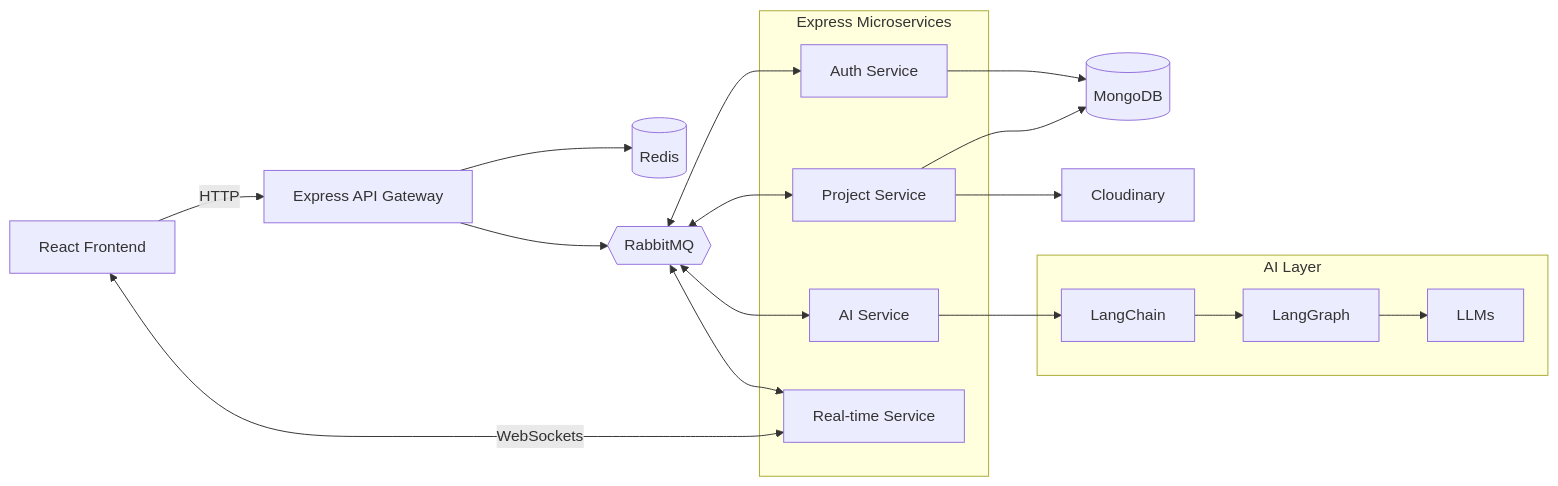
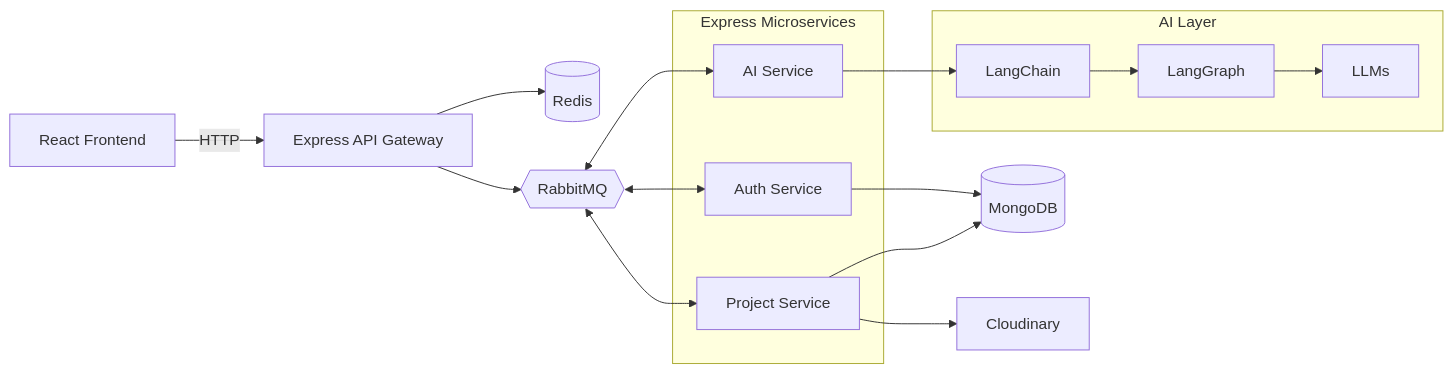
The diagram in README.md (Sujan-Bhandari07/buffaloide), drawn with Mermaid before and after one commit. The commit also changed other lines of this file, not shown here.

````diff
--- a/README.md
+++ b/README.md
@@ -104,40 +70,37 @@
 ```mermaid
 flowchart LR
     Client["React Frontend"]
     Gateway["Express API Gateway"]
 
     subgraph Services["Express Microservices"]
         Auth["Auth Service"]
         Project["Project Service"]
         AISvc["AI Service"]
-        RT["Real-time Service"]
     end
 
     subgraph AIStack["AI Layer"]
         LC["LangChain"]
         LG["LangGraph"]
         LLM["LLMs"]
     end
 
     Mongo[("MongoDB")]
     Redis[("Redis")]
     MQ{{"RabbitMQ"}}
     Cloud["Cloudinary"]
 
     Client -->|"HTTP"| Gateway
-    Client <-->|"WebSockets"| RT
     Gateway --> Redis
     Gateway --> MQ
     MQ <--> Auth
     MQ <--> Project
     MQ <--> AISvc
-    MQ <--> RT
 
     Auth --> Mongo
     Project --> Mongo
     Project --> Cloud
 
     AISvc --> LC
     LC --> LG
     LG --> LLM
 ```
````
